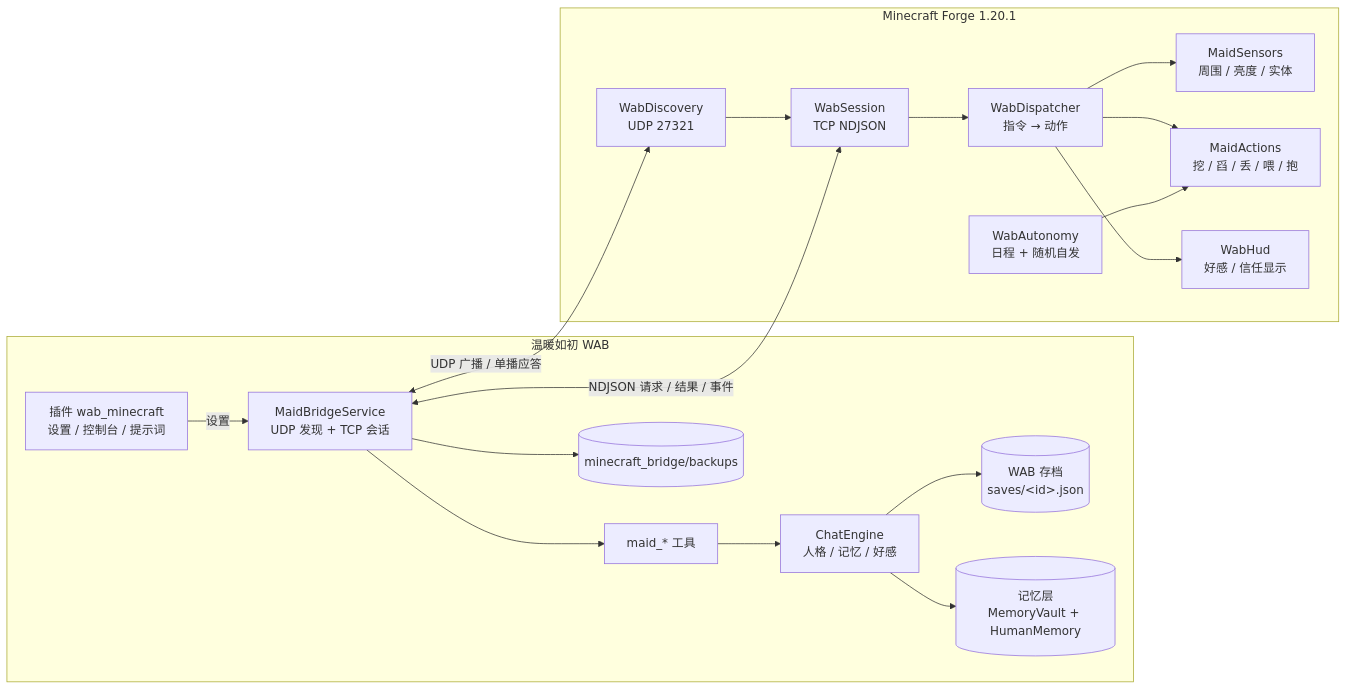
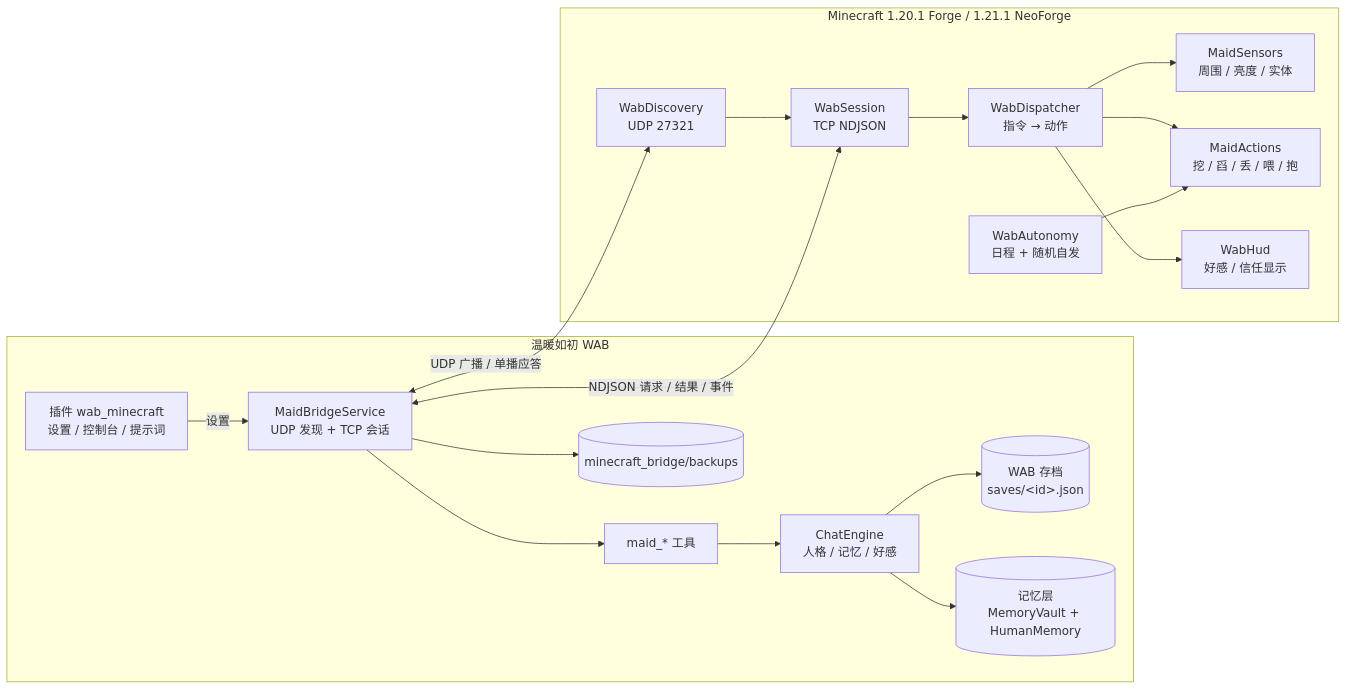
The first of 2 diagrams in docs/minecraft-maid-bridge.md (gongchanwangzilin/WarmAsBefore), drawn with Mermaid before and after one commit. The commit also changed other lines of this file and 5 other files, not shown here.

````diff
--- a/docs/minecraft-maid-bridge.md
+++ b/docs/minecraft-maid-bridge.md
@@ -15,36 +15,36 @@
 ```mermaid
 flowchart LR
   subgraph WAB[温暖如初 WAB]
     P[插件 wab_minecraft<br/>设置 / 控制台 / 提示词]
     H[MaidBridgeService<br/>UDP 发现 + TCP 会话]
     T[maid_* 工具]
     C[ChatEngine<br/>人格 / 记忆 / 好感]
     S[(WAB 存档<br/>saves/&lt;id&gt;.json)]
     M[(记忆层<br/>MemoryVault + HumanMemory)]
     B[(minecraft_bridge/backups)]
     P -->|设置| H
     H --> T
     T --> C
     C --> S
     C --> M
     H --> B
   end
 
-  subgraph MC[Minecraft Forge 1.20.1]
+  subgraph MC[Minecraft 1.20.1 Forge / 1.21.1 NeoForge]
     D[WabDiscovery<br/>UDP 27321]
     R[WabSession<br/>TCP NDJSON]
     A[WabDispatcher<br/>指令 → 动作]
     N[MaidSensors<br/>周围 / 亮度 / 实体]
     X[MaidActions<br/>挖 / 舀 / 丢 / 喂 / 抱]
     L[WabAutonomy<br/>日程 + 随机自发]
     V[WabHud<br/>好感 / 信任显示]
     D --> R --> A
     A --> N
     A --> X
     L --> X
     A --> V
   end
 
   H <-->|UDP 广播 / 单播应答| D
   R <-->|NDJSON 请求 / 结果 / 事件| H
 ```
````
